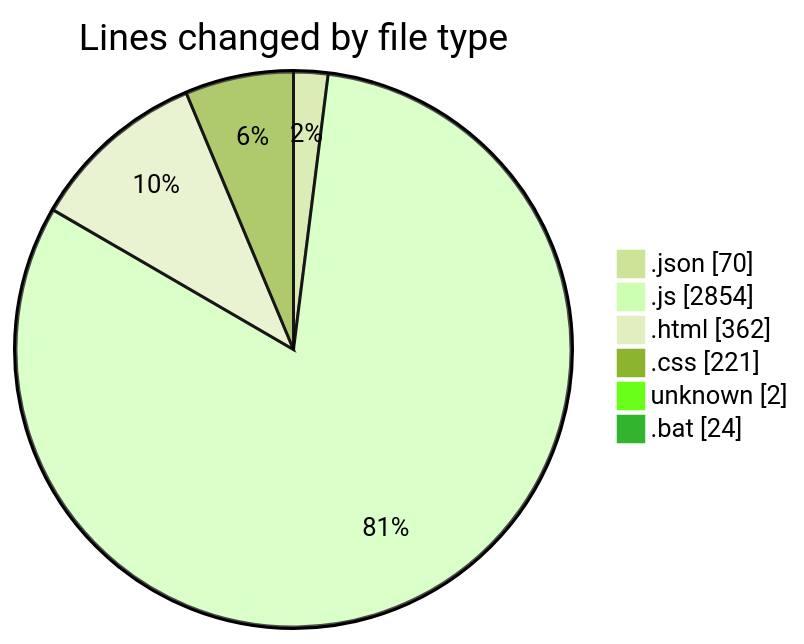
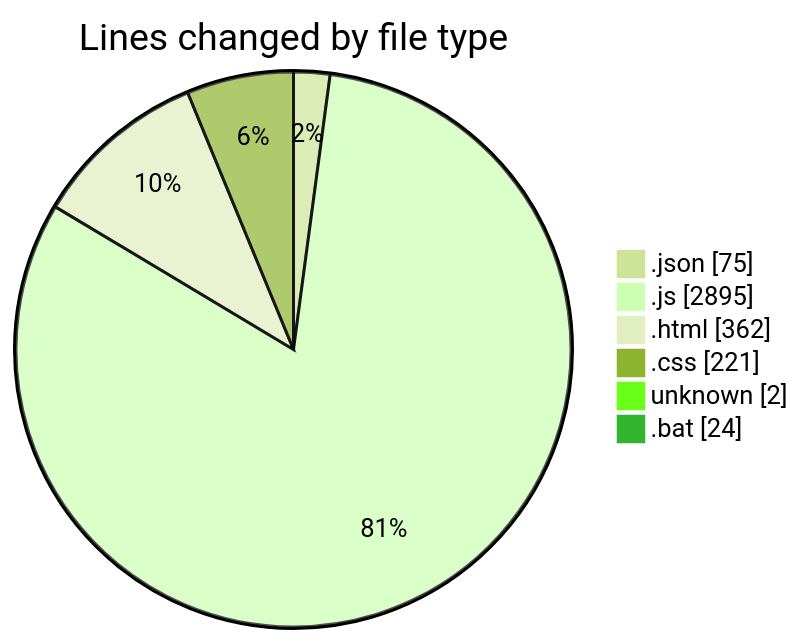
One commit to lephambinh05/code-tracking changed the first of 2 diagrams in 2025-08-03/boz-rat/README.md. Above: the diagram before and after it, drawn with Mermaid (forest theme). The commit also changed other lines of this file and 1 other file, not shown here.

````diff
--- a/2025-08-03/boz-rat/README.md
+++ b/2025-08-03/boz-rat/README.md
@@ -36,10 +36,10 @@
 ```mermaid
 pie showData
 title Lines changed by file type
-".json" : 70
-".js" : 2854
+".json" : 75
+".js" : 2895
 ".html" : 362
 ".css" : 221
 "unknown" : 2
 ".bat" : 24
 ```
````
